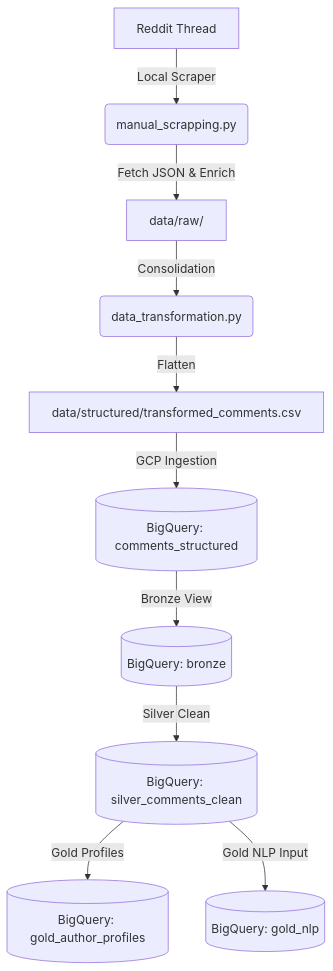
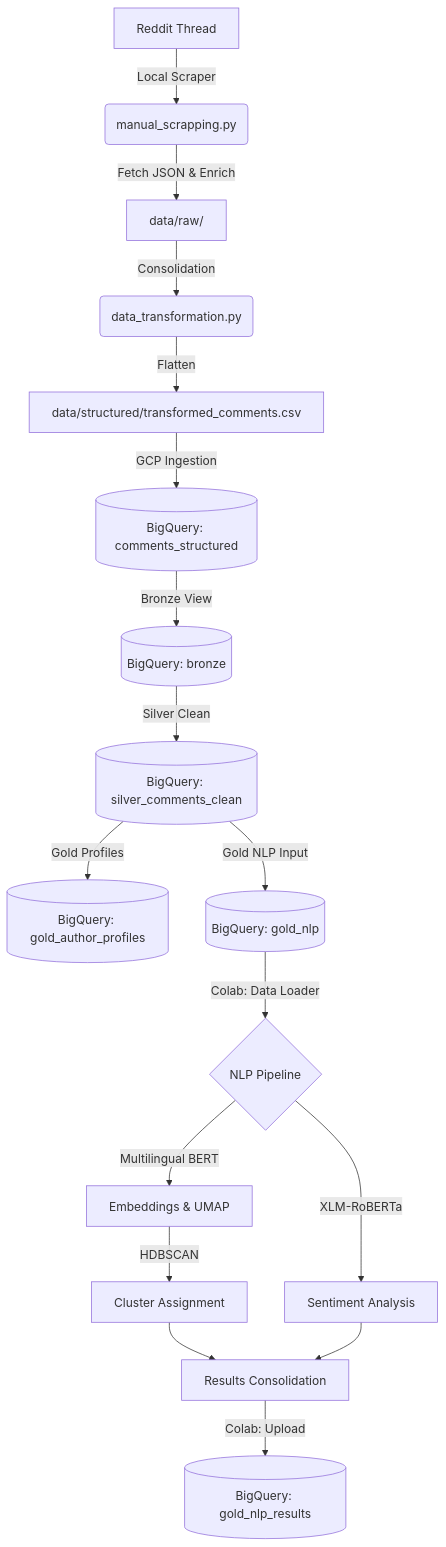
One commit to CaballeroRAR/ds_projects_collabs changed the diagram in 2-nlp-astroturfing-report/README.md. Above: the diagram before and after it, drawn with Mermaid. The commit also changed other lines of this file and 1 other file, not shown here.

Commit message:
feat: Update README for Reddit Astroturfing NLP project and update main README with detailed objectives

````diff
--- a/2-nlp-astroturfing-report/README.md
+++ b/2-nlp-astroturfing-report/README.md
@@ -9,12 +9,20 @@
 ```mermaid
 graph TD
     A[Reddit Thread] -->|Local Scraper| B(manual_scrapping.py)
     B -->|Fetch JSON & Enrich| C[data/raw/]
     C -->|Consolidation| D(data_transformation.py)
     D -->|Flatten| E[data/structured/transformed_comments.csv]
     E -->|GCP Ingestion| F[(BigQuery: comments_structured)]
     F -->|Bronze View| G[(BigQuery: bronze)]
     G -->|Silver Clean| H[(BigQuery: silver_comments_clean)]
     H -->|Gold Profiles| I[(BigQuery: gold_author_profiles)]
     H -->|Gold NLP Input| J[(BigQuery: gold_nlp)]
+    
+    J -->|Colab: Data Loader| K{NLP Pipeline}
+    K -->|Multilingual BERT| L[Embeddings & UMAP]
+    L -->|HDBSCAN| M[Cluster Assignment]
+    K -->|XLM-RoBERTa| N[Sentiment Analysis]
+    M --> O[Results Consolidation]
+    N --> O
+    O -->|Colab: Upload| P[(BigQuery: gold_nlp_results)]
 ```
````
